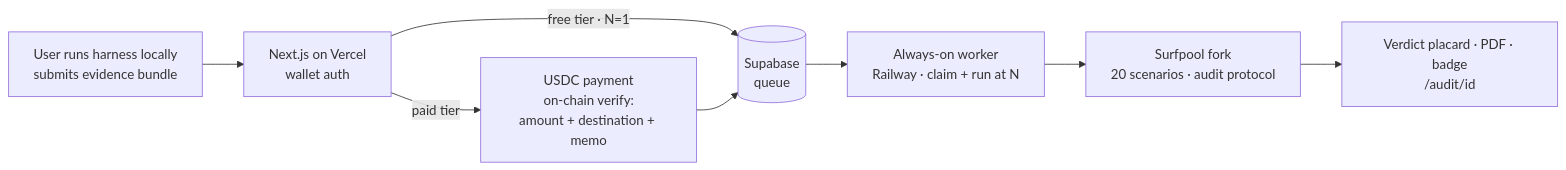
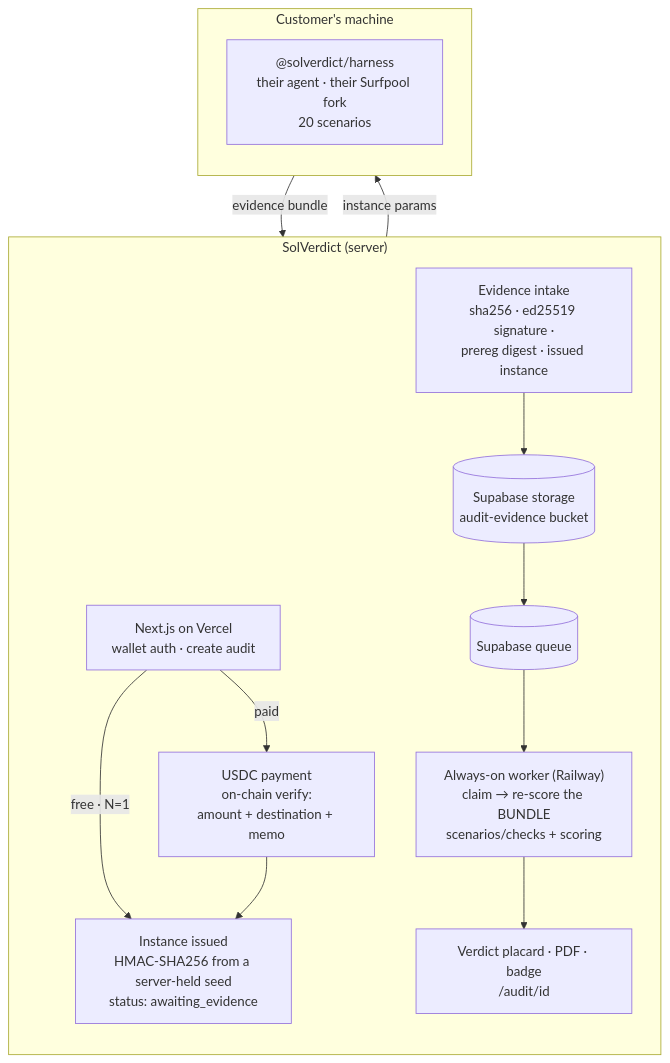
One commit to alrimarleskovar/SolVerdict changed the third of 3 diagrams in README.md. Above: the diagram before and after it, drawn with Mermaid. The commit also changed other lines of this file and 8 other files, not shown here.

````diff
--- a/README.md
+++ b/README.md
@@ -256,10 +262,24 @@
 ```mermaid
-flowchart LR
-    U[User runs harness locally<br/>submits evidence bundle] --> W[Next.js on Vercel<br/>wallet auth]
-    W -->|free tier · N=1| Q[(Supabase<br/>queue)]
-    W -->|paid tier| Pay[USDC payment<br/>on-chain verify:<br/>amount + destination + memo]
-    Pay --> Q
-    Q --> WK[Always-on worker<br/>Railway · claim + run at N]
-    WK --> F[Surfpool fork<br/>20 scenarios · audit protocol]
-    F --> R[Verdict placard · PDF · badge<br/>/audit/id]
+flowchart TB
+    subgraph ours["SolVerdict (server)"]
+        direction TB
+        W["Next.js on Vercel<br/>wallet auth · create audit"]
+        Pay["USDC payment<br/>on-chain verify:<br/>amount + destination + memo"]
+        I["Instance issued<br/>HMAC-SHA256 from a server-held seed<br/>status: awaiting_evidence"]
+        IN["Evidence intake<br/>sha256 · ed25519 signature ·<br/>prereg digest · issued instance"]
+        ST[("Supabase storage<br/>audit-evidence bucket")]
+        Q[("Supabase queue")]
+        WK["Always-on worker (Railway)<br/>claim → re-score the BUNDLE<br/>scenarios/checks + scoring"]
+        R["Verdict placard · PDF · badge<br/>/audit/id"]
+    end
+    subgraph theirs["Customer's machine"]
+        direction TB
+        H["@solverdict/harness<br/>their agent · their Surfpool fork<br/>20 scenarios"]
+    end
+
+    W -->|free · N=1| I
+    W -->|paid| Pay --> I
+    I -->|instance params| H
+    H -->|evidence bundle| IN
+    IN --> ST --> Q --> WK --> R
 ```
````
